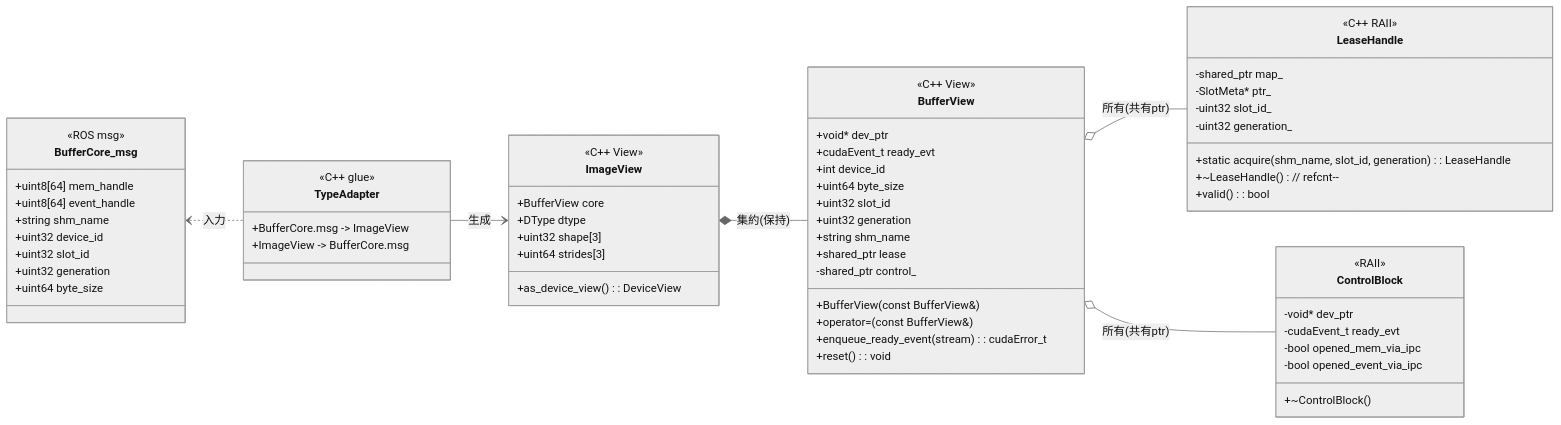
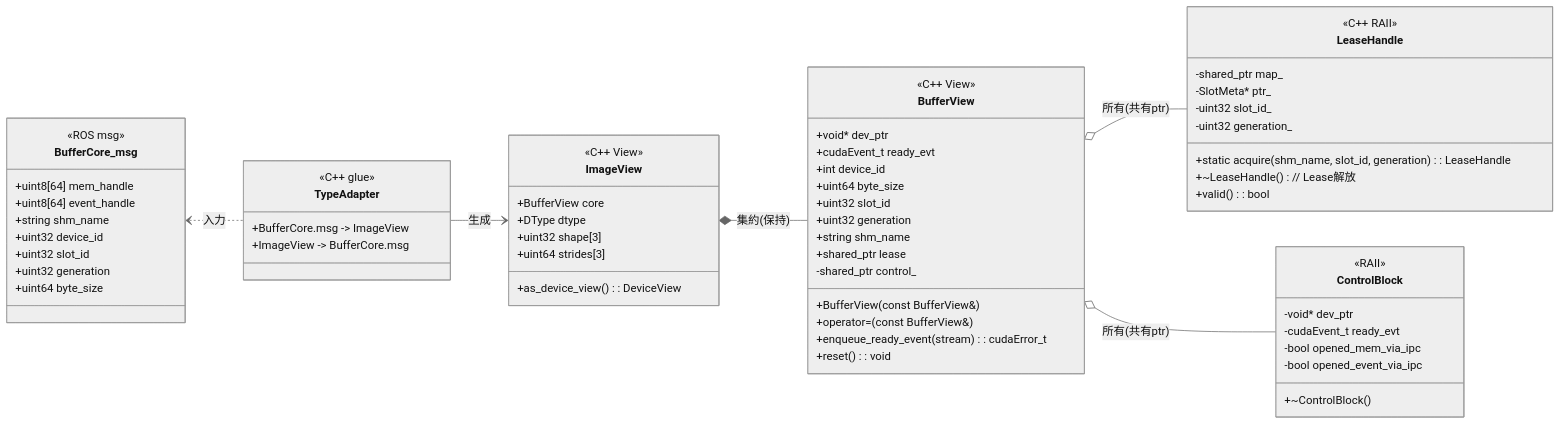
The first of 2 diagrams in doc/lease_handle.md (dskkato/ros2_cuda_ipc), drawn with Mermaid (neutral theme) before and after one commit. The commit also changed other lines of this file and 1 other file, not shown here.

Commit message:
Refine LeaseHandle and BufferView documentation for clarity on lease acquisition and resource management

````diff
--- a/doc/lease_handle.md
+++ b/doc/lease_handle.md
@@ -323,73 +327,73 @@
 ```mermaid
 classDiagram
   direction LR
 
   class BufferCore_msg {
     <<ROS msg>>
     +uint8[64] mem_handle
     +uint8[64] event_handle
     +string    shm_name
     +uint32    device_id
     +uint32    slot_id
     +uint32    generation
     +uint64    byte_size
   }
 
   class LeaseHandle {
     <<C++ RAII>>
     -shared_ptr<Mapping> map_
     -SlotMeta* ptr_
     -uint32 slot_id_
     -uint32 generation_
     +static acquire(shm_name, slot_id, generation) : LeaseHandle
-    +~LeaseHandle()  // refcnt--
+    +~LeaseHandle()  // Lease解放
     +valid() : bool
   }
 
   class BufferView {
     <<C++ View>>
     +void*       dev_ptr
     +cudaEvent_t ready_evt
     +int         device_id
     +uint64      byte_size
     +uint32      slot_id
     +uint32      generation
     +string      shm_name
     +shared_ptr<LeaseHandle> lease
     +BufferView(const BufferView&)
     +operator=(const BufferView&)
     +enqueue_ready_event(stream) : cudaError_t
     +reset() : void
     -shared_ptr<ControlBlock> control_
   }
 
   class ImageView {
     <<C++ View>>
     +BufferView core
     +DType dtype
     +uint32 shape[3]
     +uint64 strides[3]
     +as_device_view() : DeviceView
   }
 
   class TypeAdapter {
     <<C++ glue>>
     +BufferCore.msg -> ImageView
     +ImageView -> BufferCore.msg
   }
 
   class ControlBlock {
     <<RAII>>
     -void* dev_ptr
     -cudaEvent_t ready_evt
     -bool opened_mem_via_ipc
     -bool opened_event_via_ipc
     +~ControlBlock()
   }
 
   BufferCore_msg <.. TypeAdapter : 入力
   TypeAdapter --> ImageView : 生成
   ImageView *-- BufferView : 集約(保持)
   BufferView o-- LeaseHandle : 所有(共有ptr)
   BufferView o-- ControlBlock : 所有(共有ptr)
 ```
````
